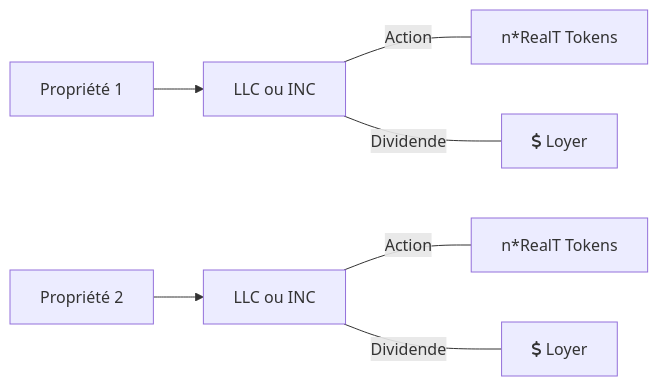
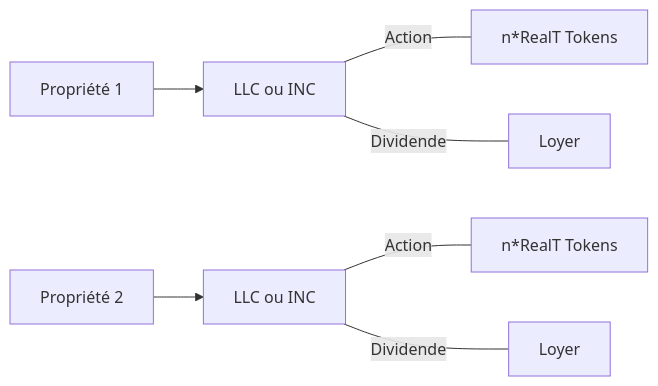
The diagram in _posts/2022-10-16-RealT.markdown (minus78/minus78.github.io), drawn with Mermaid before and after one commit. The commit also changed 2 other files, not shown here.

Commit message:
size flow graph

````diff
--- a/_posts/2022-10-16-RealT.markdown
+++ b/_posts/2022-10-16-RealT.markdown
@@ -23,10 +23,10 @@
 ```mermaid
 flowchart LR
     A1[Propriété 1]-->
     B1[LLC ou INC] -- Action --- C1[n*RealT Tokens]
-    B1 -- Dividende --- D1[fa:fa-dollar-sign Loyer]
+    B1 -- Dividende --- D1[Loyer]
 
     A2[Propriété 2]-->
     B2[LLC ou INC] -- Action --- C2[n*RealT Tokens]
-    B2 -- Dividende --- D2[fa:fa-dollar-sign Loyer]
+    B2 -- Dividende --- D2[Loyer]
 ```
````
